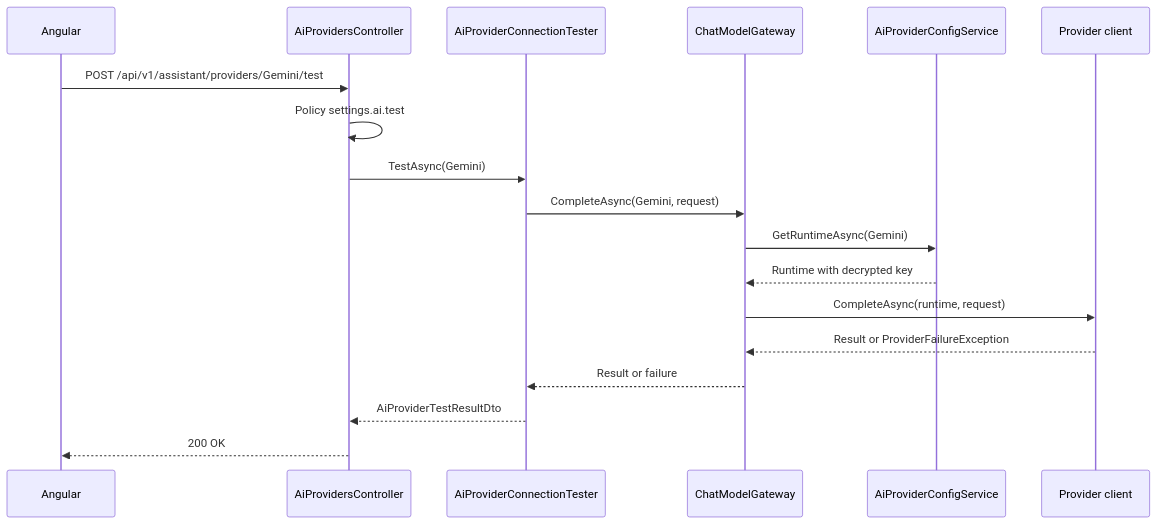
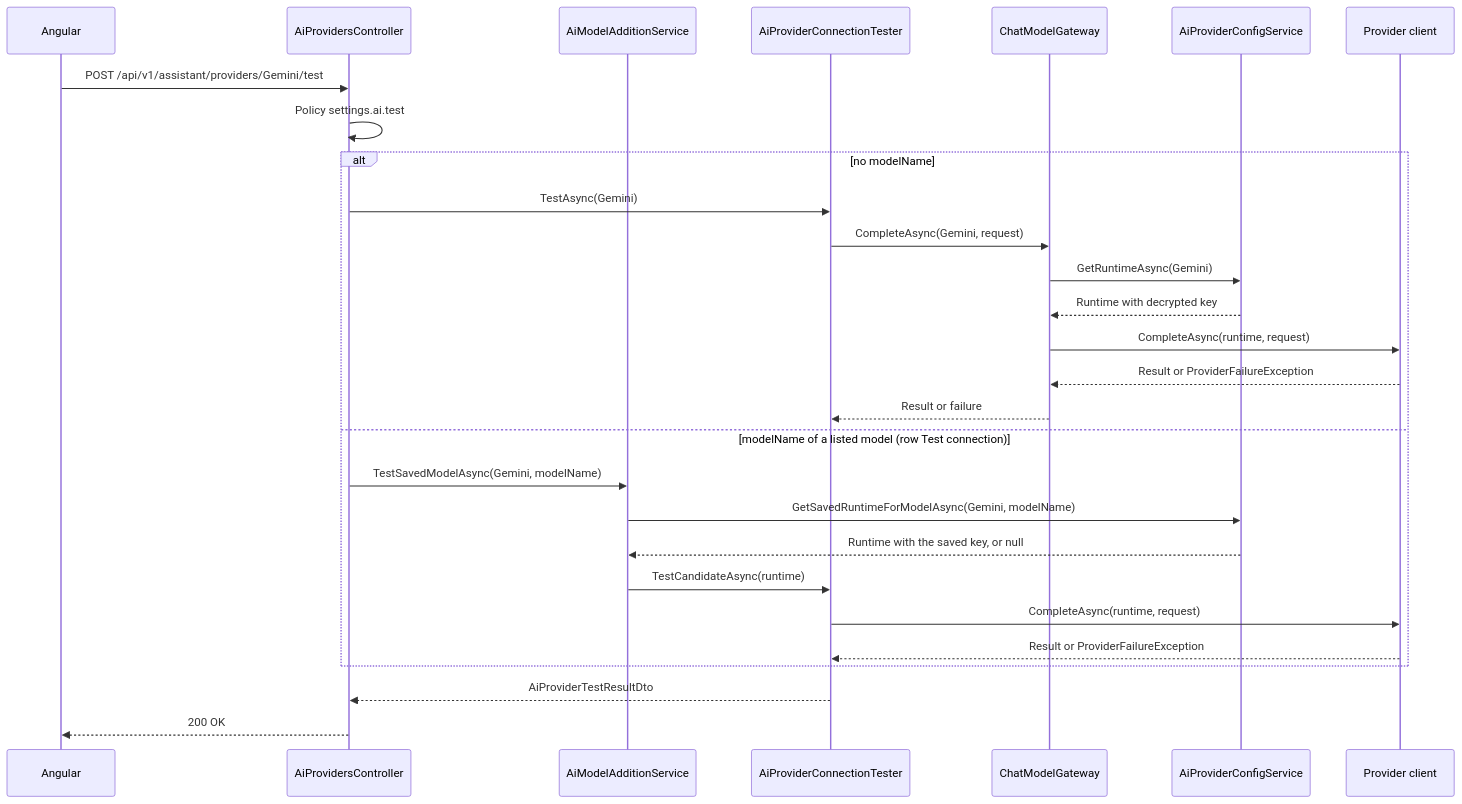
The second of 4 diagrams in TF - Documents/TFTechnicalWorkflow/Tech WF in MD/08-Settings/08.4-TFA-Settings.md (jojogeorge3344/TaskFlow-Project), drawn with Mermaid before and after one commit. The commit also changed other lines of this file and 103 other files, not shown here.

````diff
--- a/TF - Documents/TFTechnicalWorkflow/Tech WF in MD/08-Settings/08.4-TFA-Settings.md
+++ b/TF - Documents/TFTechnicalWorkflow/Tech WF in MD/08-Settings/08.4-TFA-Settings.md
@@ -146,20 +215,30 @@
 ```mermaid
 sequenceDiagram
   participant UI as Angular
   participant C as AiProvidersController
+  participant M as AiModelAdditionService
   participant T as AiProviderConnectionTester
   participant G as ChatModelGateway
   participant S as AiProviderConfigService
   participant P as Provider client
   UI->>C: POST /api/v1/assistant/providers/Gemini/test
   C->>C: Policy settings.ai.test
-  C->>T: TestAsync(Gemini)
-  T->>G: CompleteAsync(Gemini, request)
-  G->>S: GetRuntimeAsync(Gemini)
-  S-->>G: Runtime with decrypted key
-  G->>P: CompleteAsync(runtime, request)
-  P-->>G: Result or ProviderFailureException
-  G-->>T: Result or failure
+  alt no modelName
+    C->>T: TestAsync(Gemini)
+    T->>G: CompleteAsync(Gemini, request)
+    G->>S: GetRuntimeAsync(Gemini)
+    S-->>G: Runtime with decrypted key
+    G->>P: CompleteAsync(runtime, request)
+    P-->>G: Result or ProviderFailureException
+    G-->>T: Result or failure
+  else modelName of a listed model (row Test connection)
+    C->>M: TestSavedModelAsync(Gemini, modelName)
+    M->>S: GetSavedRuntimeForModelAsync(Gemini, modelName)
+    S-->>M: Runtime with the saved key, or null
+    M->>T: TestCandidateAsync(runtime)
+    T->>P: CompleteAsync(runtime, request)
+    P-->>T: Result or ProviderFailureException
+  end
   T-->>C: AiProviderTestResultDto
   C-->>UI: 200 OK
 ```
````
